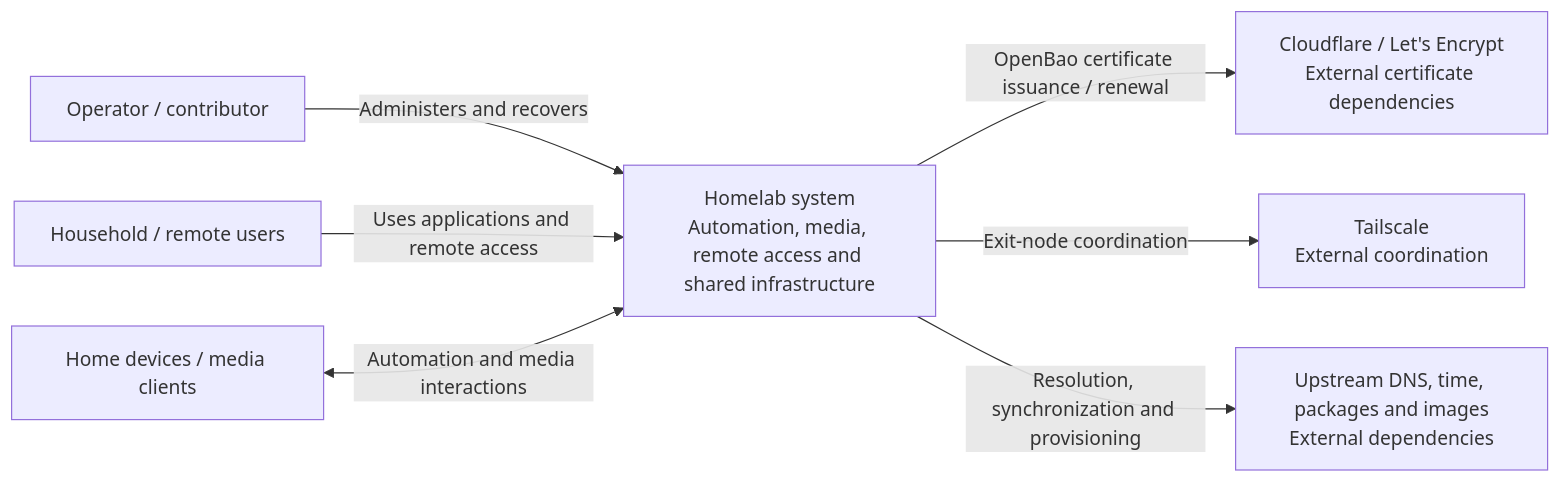
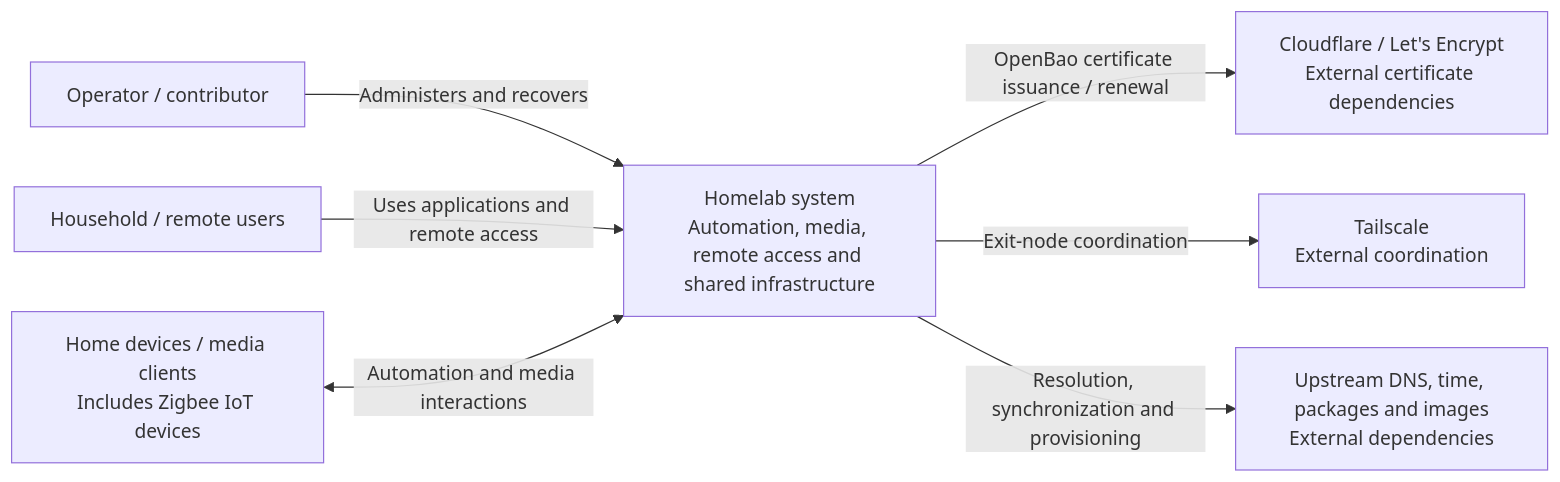
The first of 4 diagrams in docs/architecture.md (lexedwards/homelab), drawn with Mermaid before and after one commit. The commit also changed other lines of this file and 5 other files, not shown here.

First line of the commit message:
docs(architecture): record confirmed storage and service integrations

````diff
--- a/docs/architecture.md
+++ b/docs/architecture.md
@@ -17,16 +17,16 @@
 ```mermaid
 flowchart LR
     operator["Operator / contributor"]
     users["Household / remote users"]
-    devices["Home devices / media clients"]
+    devices["Home devices / media clients<br/>Includes Zigbee IoT devices"]
     lab["Homelab system<br/>Automation, media, remote access and shared infrastructure"]
     certificates["Cloudflare / Let's Encrypt<br/>External certificate dependencies"]
     tailnet["Tailscale<br/>External coordination"]
     upstream["Upstream DNS, time, packages and images<br/>External dependencies"]
     operator -->|"Administers and recovers"| lab
     users -->|"Uses applications and remote access"| lab
     devices <-->|"Automation and media interactions"| lab
     lab -->|"OpenBao certificate issuance / renewal"| certificates
     lab -->|"Exit-node coordination"| tailnet
     lab -->|"Resolution, synchronization and provisioning"| upstream
 ```
````
